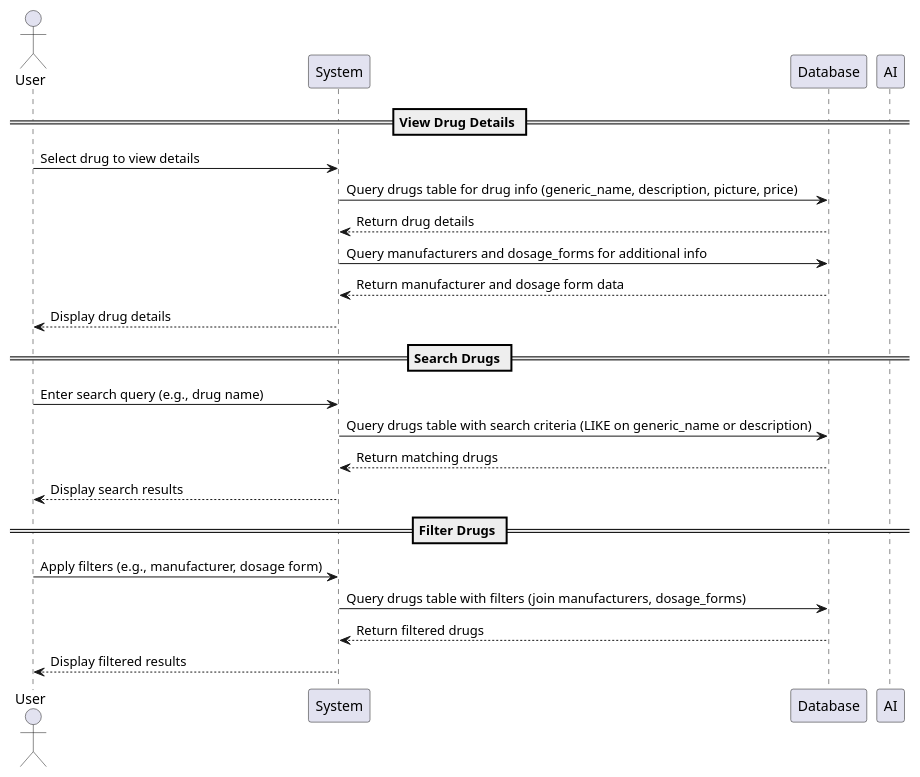
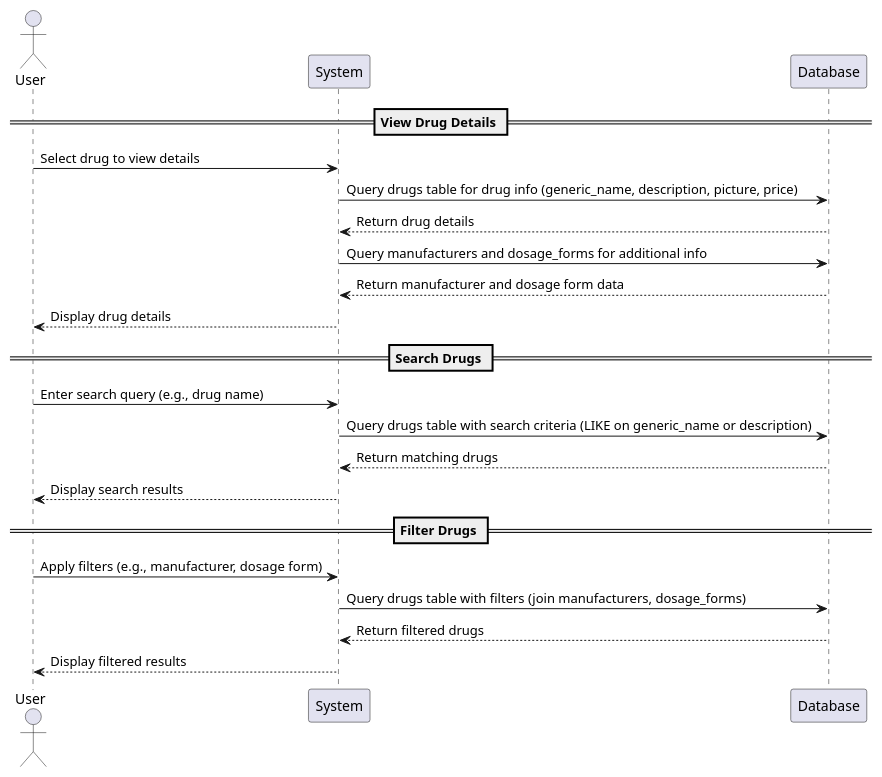
The diagram in Documents/Diagrams/Sequence/drug-catalog-sequence.wsd (Aliefhasyani/Halobat), drawn with PlantUML before and after one commit. The commit also changed 2 other files, not shown here.

Commit message:
WIP: Sequence and Usecase changed

```diff
--- a/Documents/Diagrams/Sequence/drug-catalog-sequence.wsd
+++ b/Documents/Diagrams/Sequence/drug-catalog-sequence.wsd
@@ -1,27 +1,26 @@
 @startuml Drug Catalog Sequence
 actor User
 participant System
 participant Database
-participant AI
 
 == View Drug Details ==
 User -> System: Select drug to view details
 System -> Database: Query drugs table for drug info (generic_name, description, picture, price)
 Database --> System: Return drug details
 System -> Database: Query manufacturers and dosage_forms for additional info
 Database --> System: Return manufacturer and dosage form data
 System --> User: Display drug details
 
 == Search Drugs ==
 User -> System: Enter search query (e.g., drug name)
 System -> Database: Query drugs table with search criteria (LIKE on generic_name or description)
 Database --> System: Return matching drugs
 System --> User: Display search results
 
 == Filter Drugs ==
 User -> System: Apply filters (e.g., manufacturer, dosage form)
 System -> Database: Query drugs table with filters (join manufacturers, dosage_forms)
 Database --> System: Return filtered drugs
 System --> User: Display filtered results
 
 @enduml
```
